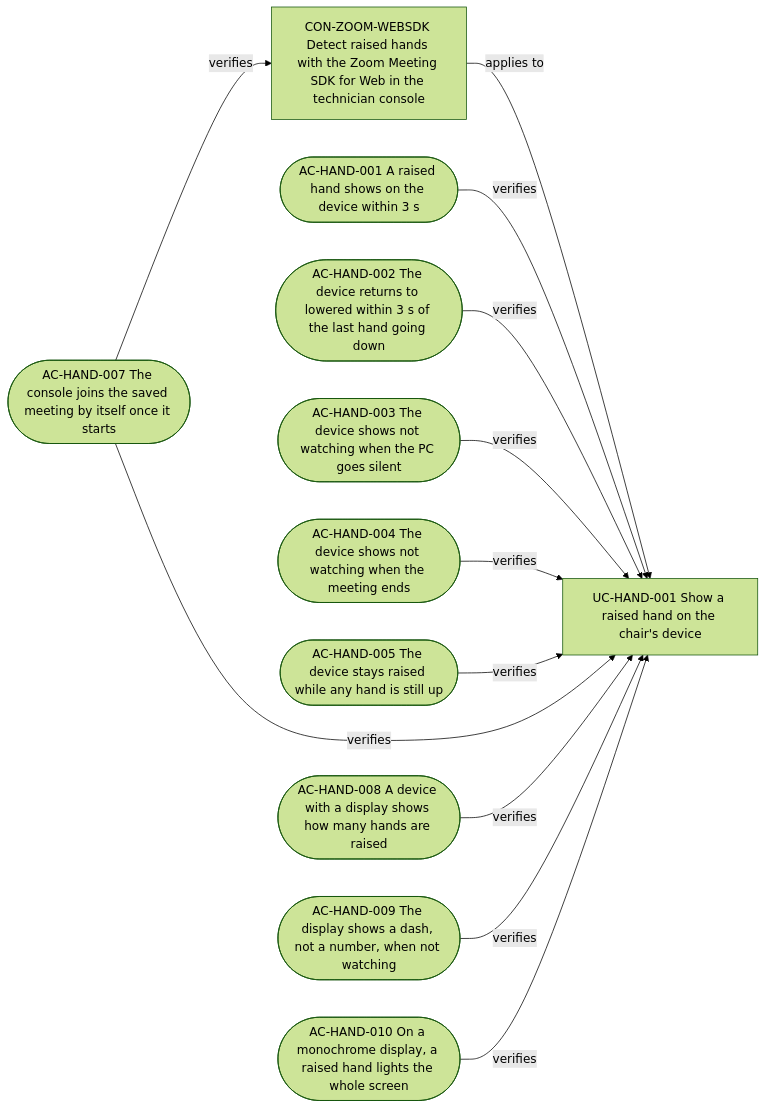
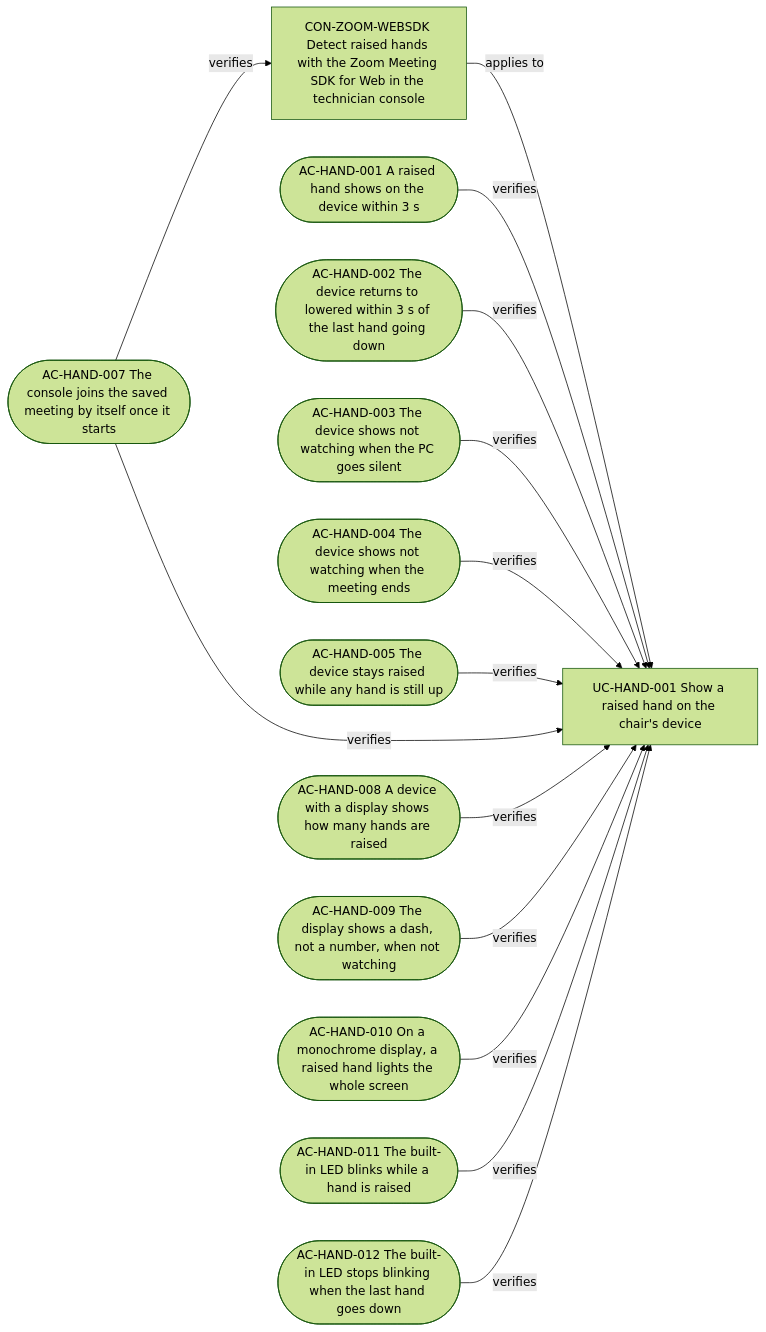
The diagram in docs/specification/pages/hand-signal.md (artosalminen/esp32-zoom-hand-raised), drawn with Mermaid (forest theme) before and after one commit. The commit also changed other lines of this file and 9 other files, not shown here.

First line of the commit message:
Blink the built-in LED while a hand is raised

````diff
--- a/docs/specification/pages/hand-signal.md
+++ b/docs/specification/pages/hand-signal.md
@@ -104,25 +105,29 @@
 ```mermaid
 flowchart LR
   n_UC_HAND_001["UC-HAND-001 Show a raised hand on the chair's device"]
   n_CON_ZOOM_WEBSDK["CON-ZOOM-WEBSDK Detect raised hands with the Zoom Meeting SDK for Web in the technician console"]
   n_CON_ZOOM_WEBSDK -->|applies to| n_UC_HAND_001
   n_AC_HAND_001(["AC-HAND-001 A raised hand shows on the device within 3 s"])
   n_AC_HAND_002(["AC-HAND-002 The device returns to lowered within 3 s of the last hand going down"])
   n_AC_HAND_003(["AC-HAND-003 The device shows not watching when the PC goes silent"])
   n_AC_HAND_004(["AC-HAND-004 The device shows not watching when the meeting ends"])
   n_AC_HAND_005(["AC-HAND-005 The device stays raised while any hand is still up"])
   n_AC_HAND_007(["AC-HAND-007 The console joins the saved meeting by itself once it starts"])
   n_AC_HAND_008(["AC-HAND-008 A device with a display shows how many hands are raised"])
   n_AC_HAND_009(["AC-HAND-009 The display shows a dash, not a number, when not watching"])
   n_AC_HAND_010(["AC-HAND-010 On a monochrome display, a raised hand lights the whole screen"])
+  n_AC_HAND_011(["AC-HAND-011 The built-in LED blinks while a hand is raised"])
+  n_AC_HAND_012(["AC-HAND-012 The built-in LED stops blinking when the last hand goes down"])
   n_AC_HAND_001 -->|verifies| n_UC_HAND_001
   n_AC_HAND_002 -->|verifies| n_UC_HAND_001
   n_AC_HAND_003 -->|verifies| n_UC_HAND_001
   n_AC_HAND_004 -->|verifies| n_UC_HAND_001
   n_AC_HAND_005 -->|verifies| n_UC_HAND_001
   n_AC_HAND_007 -->|verifies| n_UC_HAND_001
   n_AC_HAND_008 -->|verifies| n_UC_HAND_001
   n_AC_HAND_009 -->|verifies| n_UC_HAND_001
   n_AC_HAND_010 -->|verifies| n_UC_HAND_001
+  n_AC_HAND_011 -->|verifies| n_UC_HAND_001
+  n_AC_HAND_012 -->|verifies| n_UC_HAND_001
   n_AC_HAND_007 -->|verifies| n_CON_ZOOM_WEBSDK
 ```
````
